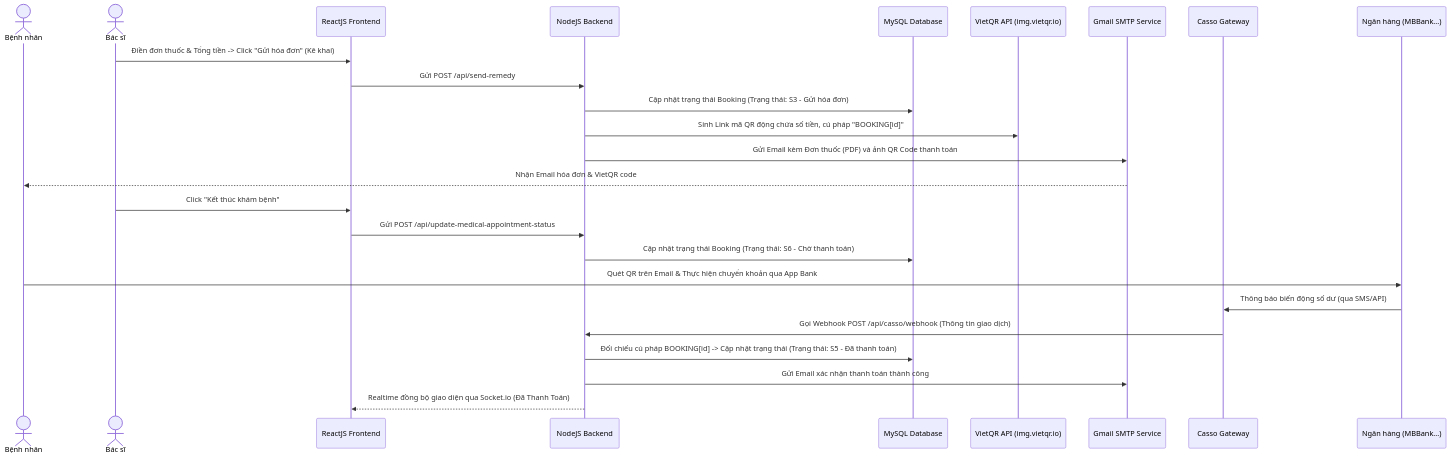
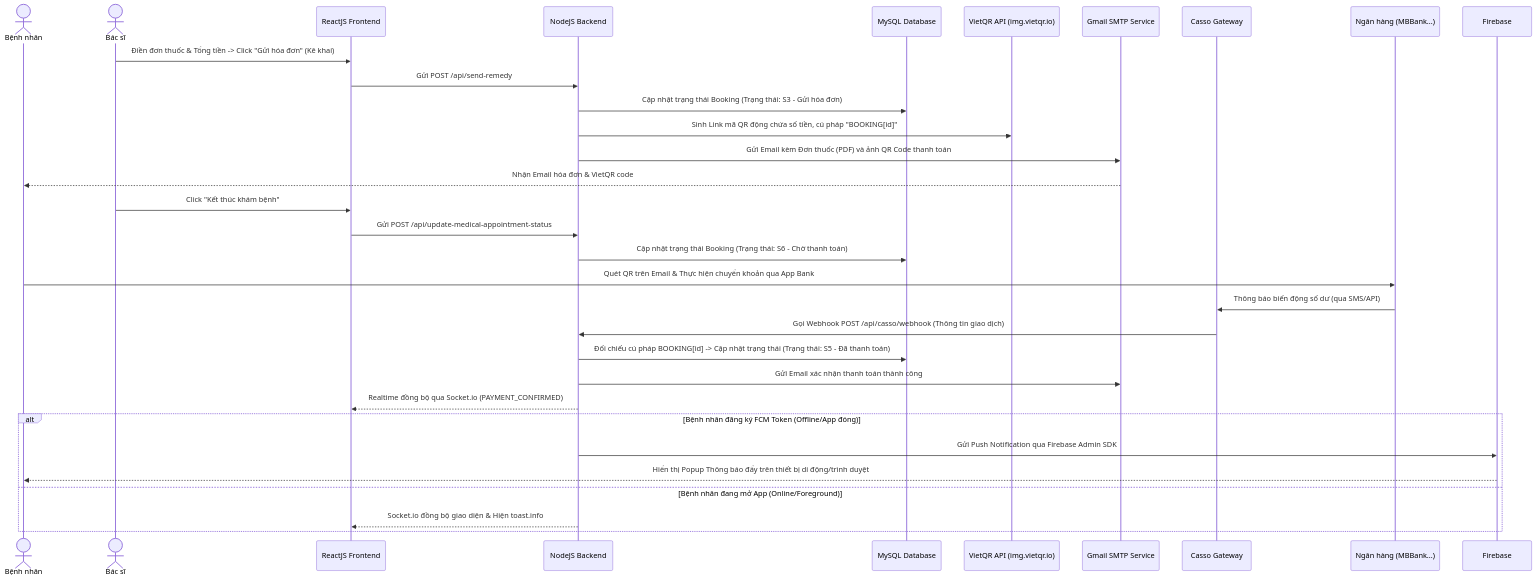
One commit to TranXuanDuc28/medical-appointment-system changed the sixth of 12 diagrams in docs/workflows.md. Above: the diagram before and after it, drawn with Mermaid. The commit also changed other lines of this file and 2 other files, not shown here.

````diff
--- a/docs/workflows.md
+++ b/docs/workflows.md
@@ -84,33 +141,39 @@
 ```mermaid
 sequenceDiagram
   actor Patient as Bệnh nhân
   actor Doctor as Bác sĩ
   participant Client as ReactJS Frontend
   participant Server as NodeJS Backend
   participant DB as MySQL Database
   participant VietQR as VietQR API (img.vietqr.io)
   participant Mail as Gmail SMTP Service
   participant Casso as Casso Gateway
   participant Bank as Ngân hàng (MBBank...)
 
   %% Bước 1: Kê đơn & Gửi VietQR qua Email
   Doctor->>Client: Điền đơn thuốc & Tổng tiền -> Click "Gửi hóa đơn" (Kê khai)
   Client->>Server: Gửi POST /api/send-remedy
   Server->>DB: Cập nhật trạng thái Booking (Trạng thái: S3 - Gửi hóa đơn)
   Server->>VietQR: Sinh Link mã QR động chứa số tiền, cú pháp "BOOKING[id]"
   Server->>Mail: Gửi Email kèm Đơn thuốc (PDF) và ảnh QR Code thanh toán
   Mail-->>Patient: Nhận Email hóa đơn & VietQR code
 
   %% Bước 2: Kết thúc khám
   Doctor->>Client: Click "Kết thúc khám bệnh"
   Client->>Server: Gửi POST /api/update-medical-appointment-status
   Server->>DB: Cập nhật trạng thái Booking (Trạng thái: S6 - Chờ thanh toán)
 
   %% Bước 3: Thanh toán tự động qua VietQR
   Patient->>Bank: Quét QR trên Email & Thực hiện chuyển khoản qua App Bank
   Bank->>Casso: Thông báo biến động số dư (qua SMS/API)
   Casso->>Server: Gọi Webhook POST /api/casso/webhook (Thông tin giao dịch)
   Server->>DB: Đối chiếu cú pháp BOOKING[id] -> Cập nhật trạng thái (Trạng thái: S5 - Đã thanh toán)
   Server->>Mail: Gửi Email xác nhận thanh toán thành công
-  Server-->>Client: Realtime đồng bộ giao diện qua Socket.io (Đã Thanh Toán)
+  Server-->>Client: Realtime đồng bộ qua Socket.io (PAYMENT_CONFIRMED)
+  alt Bệnh nhân đăng ký FCM Token (Offline/App đóng)
+    Server->>Firebase: Gửi Push Notification qua Firebase Admin SDK
+    Firebase-->>Patient: Hiển thị Popup Thông báo đẩy trên thiết bị di động/trình duyệt
+  else Bệnh nhân đang mở App (Online/Foreground)
+    Server-->>Client: Socket.io đồng bộ giao diện & Hiện toast.info
+  end
 ```
````
